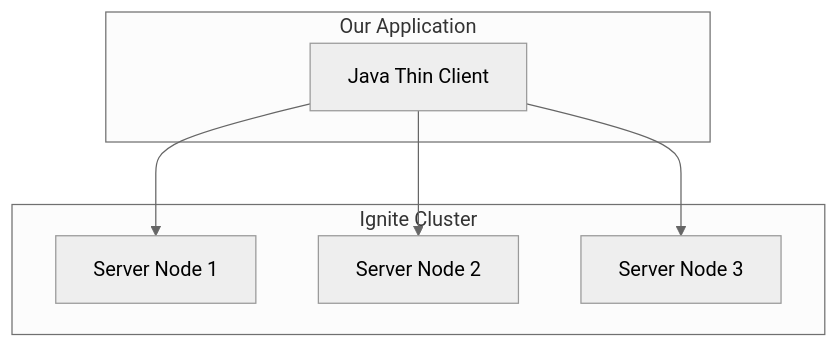
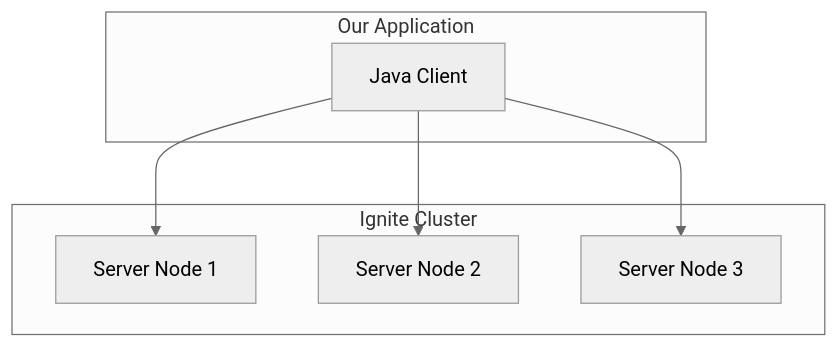
One commit to maglietti/explore-ai3 changed the first of 2 diagrams in tutorials/first-java-app/02-project-setup.md. Above: the diagram before and after it, drawn with Mermaid (neutral theme). The commit also changed other lines of this file and 5 other files, not shown here.

````diff
--- a/tutorials/first-java-app/02-project-setup.md
+++ b/tutorials/first-java-app/02-project-setup.md
@@ -167,16 +184,16 @@
 ```mermaid
 graph TD
     subgraph "Ignite Cluster"
         Node1[Server Node 1]
         Node2[Server Node 2]
         Node3[Server Node 3]
     end
     
     subgraph "Our Application"
-        Client[Java Thin Client]
+        Client[Java Client]
     end
     
     Client --> Node1
     Client --> Node2
     Client --> Node3
 ```
````
